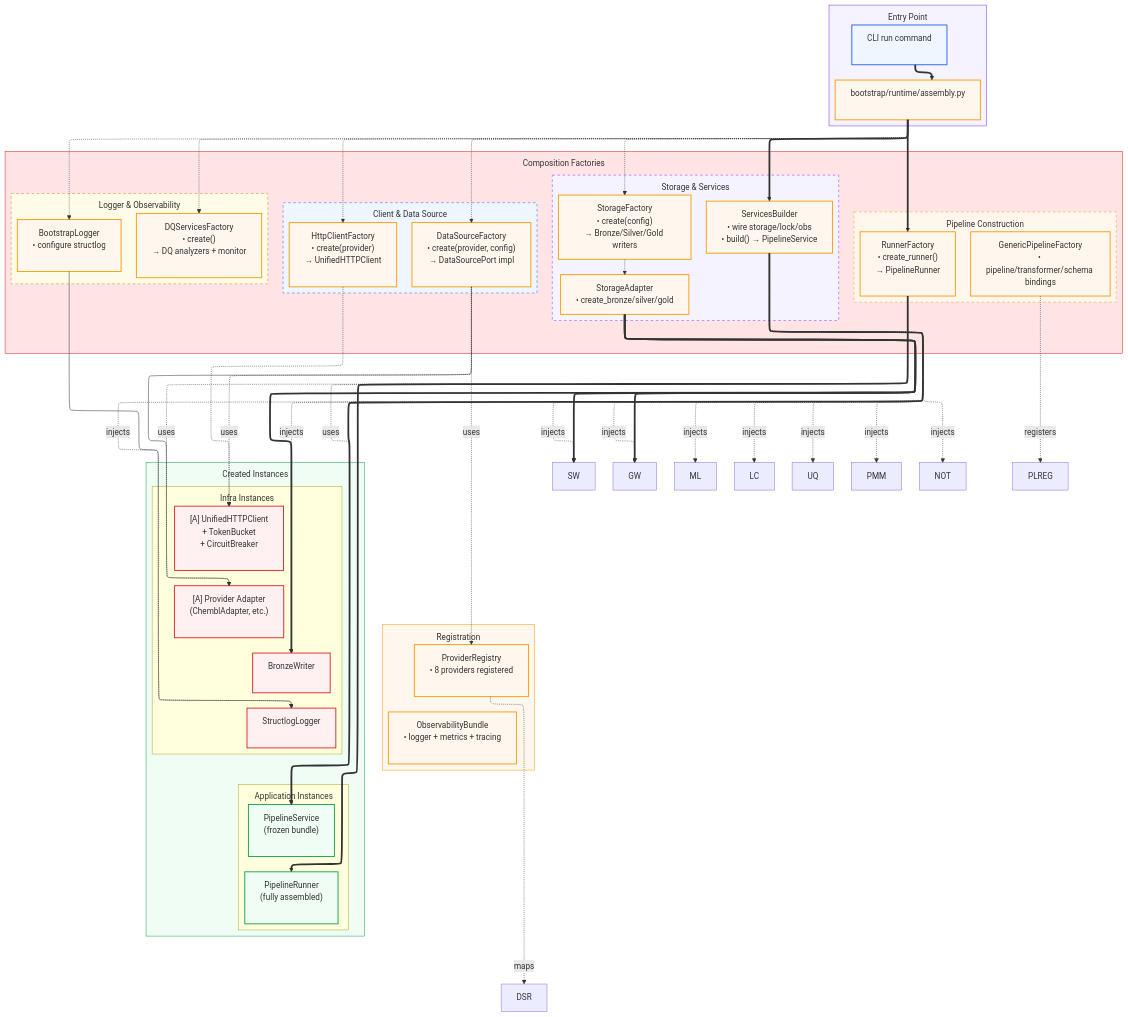
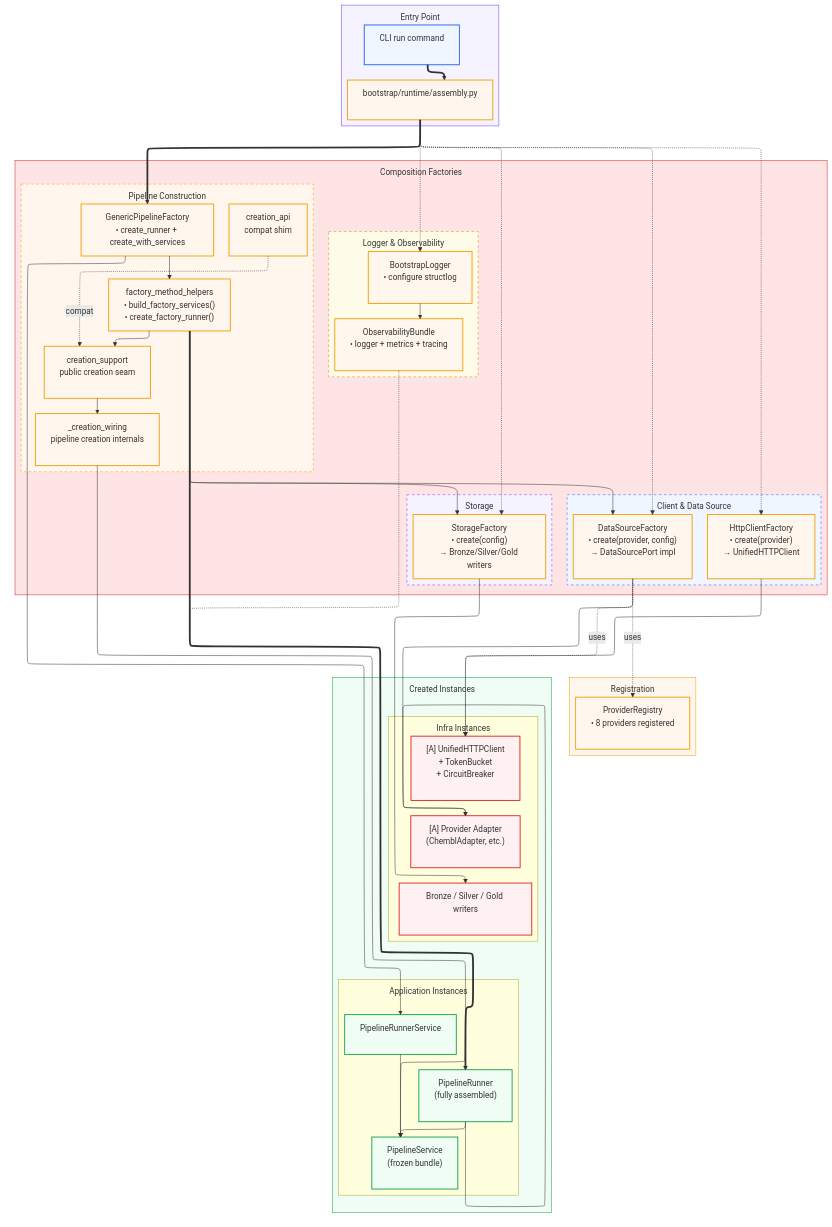
The diagram in docs/02-architecture/diagrams/views/28-composition-root-di-graph-full.mermaid (SatoryKono/BioactivityDataAcquisition), drawn with Mermaid before and after one commit. The commit also changed 6 other files, not shown here.

First line of the commit message:
Refactor composition & bootstrap diagrams

```diff
--- a/docs/02-architecture/diagrams/views/28-composition-root-di-graph-full.mermaid
+++ b/docs/02-architecture/diagrams/views/28-composition-root-di-graph-full.mermaid
@@ -1,155 +1,149 @@
 %% View: Full | Parent: (root)
 %% Parent source: docs/02-architecture/diagrams/foundation/28-composition-root-di-graph.mmd
 %% Full reference diagram retained after decomposition.
-%% Synced: 2026-02-27
+%% Synced: 2026-03-24
 
 %% Title: Composition Root Wiring — Full DI Graph
 %% Covers: RULES.md §1.1 (Composition Layer), ADR-005
 %% Rank: 3 (Score 9.00) — Complete dependency injection assembly
-%% Updated: 2026-02-17
+%% Updated: 2026-03-24
 
-%% @version 1.1.0
-%% @date    2026-02-24
+%% @version 1.2.0
+%% @date    2026-03-24
 %% @type    flowchart
 %% @level   Mixed (System / Component / Class)
 %% @uniform-group entry     nodes=CLI,BOOT
-%% @uniform-group factories nodes=BL,DQF,HCF,DSF,STF,STA,SB,RF,GPF
-%% @uniform-group registry  nodes=PR,OB
-%% @uniform-group created   nodes=UHC,ADP,BW,SLL,PS,RUN
+%% @uniform-group factories nodes=BL,OB,HCF,DSF,STF,GPF,FMH,CAP,CSUP,CWIR
+%% @uniform-group registry  nodes=PR
+%% @uniform-group created   nodes=UHC,ADP,STOR,PS,PRS,RUN
 %% @uniform-width group
 
 %% @uniform width=296 groups=4 width_strategy=group
 %% @uniform-stats entry        width=296 height=144 max_desc_lines=6
 %% @uniform-stats factories    width=224 height=144 max_desc_lines=6
 %% @uniform-stats registry     width=200 height=144 max_desc_lines=6
 %% @uniform-stats created      width=176 height=144 max_desc_lines=6
 %%{init: {
   'flowchart': {
     'subGraphTitleMargin': { 'top': 12, 'bottom': 12 }
   },
   'layout': 'elk',
   'elk': {
     'mergeEdges': true,
     'nodePlacementStrategy': 'BRANDES_KOEPF',
     'edgeRouting': 'ORTHOGONAL'
   }
 }}%%
 flowchart TB
-%% keep-orphan: OB
     subgraph Entry["Entry Point"]
         CLI["CLI run command<br/><br/>"]
         BOOT["bootstrap/runtime/assembly.py<br/><br/>"]
     end
 
     subgraph Factories["Composition Factories"]
         direction LR
 
         subgraph LoggerFactories["Logger & Observability"]
             BL["BootstrapLogger<br/>• configure structlog<br/><br/>"]
-            DQF["DQServicesFactory<br/>• create()<br/>→ DQ analyzers + monitor<br/><br/>"]
+            OB["ObservabilityBundle<br/>• logger + metrics + tracing<br/><br/>"]
         end
 
         subgraph ClientFactories["Client & Data Source"]
             HCF["HttpClientFactory<br/>• create(provider)<br/>→ UnifiedHTTPClient<br/><br/>"]
             DSF["DataSourceFactory<br/>• create(provider, config)<br/>→ DataSourcePort impl<br/><br/>"]
         end
 
-        subgraph StorageFactories["Storage & Services"]
+        subgraph StorageFactories["Storage"]
             STF["StorageFactory<br/>• create(config)<br/>→ Bronze/Silver/Gold writers<br/>"]
-            STA["StorageAdapter<br/>• create_bronze/silver/gold<br/>"]
-            SB["ServicesBuilder<br/>• wire storage/lock/obs<br/>• build() → PipelineService"]
         end
 
         subgraph PipelineFactories["Pipeline Construction"]
-            RF["RunnerFactory<br/>• create_runner()<br/>→ PipelineRunner<br/><br/>"]
-            GPF["GenericPipelineFactory<br/>• pipeline/transformer/schema bindings<br/>"]
+            GPF["GenericPipelineFactory<br/>• create_runner + create_with_services<br/>"]
+            FMH["factory_method_helpers<br/>• build_factory_services()<br/>• create_factory_runner()"]
+            CAP["creation_api<br/>compat shim<br/><br/>"]
+            CSUP["creation_support<br/>public creation seam<br/><br/>"]
+            CWIR["_creation_wiring<br/>pipeline creation internals<br/><br/>"]
         end
     end
 
     subgraph Registry["Registration"]
         PR["ProviderRegistry<br/>• 8 providers registered<br/><br/>"]
-        OB["ObservabilityBundle<br/>• logger + metrics + tracing<br/><br/>"]
     end
 
     subgraph Created["Created Instances"]
         direction TB
         subgraph RuntimeInfra["Infra Instances"]
             direction TB
             UHC["[A] UnifiedHTTPClient<br/>+ TokenBucket<br/>+ CircuitBreaker<br/><br/>"]
             ADP["[A] Provider Adapter<br/>(ChemblAdapter, etc.)<br/><br/>"]
-            BW["BronzeWriter<br/><br/>"]
-            SLL["StructlogLogger<br/><br/>"]
+            STOR["Bronze / Silver / Gold writers<br/><br/>"]
         end
         subgraph RuntimeCore["Application Instances"]
             direction TB
             PS["PipelineService<br/>(frozen bundle)<br/><br/>"]
+            PRS["PipelineRunnerService<br/><br/>"]
             RUN["PipelineRunner<br/>(fully assembled)<br/><br/>"]
         end
     end
 
     %% Bootstrap flow
     CLI ==> BOOT
     BOOT -.-> BL
-    BL --> SLL
+    BL --> OB
     BOOT -.-> HCF
-    HCF -.-> UHC
+    HCF --> UHC
     BOOT -.-> DSF
     DSF -.->|"uses"| PR
     DSF -.->|"uses"| UHC
     DSF --> ADP
     BOOT -.-> STF
-    STF -.-> STA
-    STA ==> BW & SW & GW
-    BOOT -.-> DQF
-    BOOT ==> SB
-    SB -.->|"injects"| BW & SW & GW
-    SB -.->|"injects"| ML
-    SB -.->|"injects"| LC
-    SB -.->|"injects"| UQ
-    SB -.->|"injects"| SLL
-    SB -.->|"injects"| PMM
-    SB -.->|"injects"| NOT
-    SB ==> PS
-    BOOT ==> RF
-    RF -.->|"uses"| PS
-    RF -.->|"uses"| ADP
-    RF ==> RUN
-
-    %% Registry connections
-    GPF -.->|"registers"| PLREG
-    PR -.->|"maps"| DSR
+    STF --> STOR
+    BOOT ==> GPF
+    GPF --> FMH
+    CAP -. compat .-> CSUP
+    FMH --> CSUP
+    CSUP --> CWIR
+    FMH --> DSF
+    FMH --> STF
+    CWIR --> PS
+    GPF --> PRS
+    FMH ==> RUN
+    RUN --> PS
+    RUN --> ADP
+    PRS --> PS
+    OB -.-> RUN
 
     %% Layout constraints
     CLI ~~~ BOOT
     PR ~~~ OB
-    UHC ~~~ ADP ~~~ BW ~~~ SLL ~~~ PS ~~~ RUN
+    UHC ~~~ ADP ~~~ STOR ~~~ PS ~~~ PRS ~~~ RUN
 
     %% Styling
     style Entry fill:#f5f3ff,stroke:#7c3aed
     style Factories fill:#ffe4e6,stroke:#dc2626
     style Registry fill:#fff7ed,stroke:#f59e0b
     style Created fill:#f0fdf4,stroke:#16a34a
 
     style LoggerFactories fill:#fefce8,stroke:#ca8a04,stroke-dasharray: 5 5
     style ClientFactories fill:#eff6ff,stroke:#2563eb,stroke-dasharray: 5 5
     style StorageFactories fill:#f5f3ff,stroke:#7c3aed,stroke-dasharray: 5 5
     style PipelineFactories fill:#fff7ed,stroke:#f59e0b,stroke-dasharray: 5 5
 
     %% Layer palette (semantic)
     classDef layer_domain fill:#f5f3ff,stroke:#7c3aed,stroke-width:1.8px;
     classDef layer_application fill:#f0fdf4,stroke:#16a34a,stroke-width:1.8px;
     classDef layer_infrastructure fill:#fff1f2,stroke:#dc2626,stroke-width:1.8px;
     classDef layer_composition fill:#fff7ed,stroke:#f59e0b,stroke-width:1.8px;
     classDef layer_interfaces fill:#eff6ff,stroke:#2563eb,stroke-width:1.8px;
     classDef service fill:#f0fdf4,stroke:#16a34a,stroke-width:1.6px;
     classDef process fill:#f0fdf4,stroke:#16a34a,stroke-width:1.4px,stroke-dasharray:3 2;
 
     class CLI layer_interfaces;
-    class BOOT,BL,DQF,HCF,DSF,STF,STA,SB,RF,GPF,PR,OB layer_composition;
-    class PS,RUN layer_application;
-    class UHC,ADP,BW,SLL layer_infrastructure;
+    class BOOT,BL,OB,HCF,DSF,STF,GPF,FMH,CAP,CSUP,CWIR,PR layer_composition;
+    class PS,PRS,RUN layer_application;
+    class UHC,ADP,STOR layer_infrastructure;
 
     %% Click tooltips
-    click SB "../../02-architecture/decisions/ADR-005-composition-layer-separation.md" "Injects storage, lock, checkpoint, quarantine, logger, metrics, tracing"
+    click FMH "../../02-architecture/decisions/ADR-005-composition-layer-separation.md" "Assembler helpers coordinate storage, data source, and runner creation seams"
     click DSF "../../00-project/RULES.md" "Resolves provider registry and shared HTTP client"
-    click RF "../../00-project/RULES.md" "Builds PipelineRunner from composed services and adapter"
+    click CSUP "../../00-project/RULES.md" "Sanctioned support seam for pipeline creation wiring"
```
